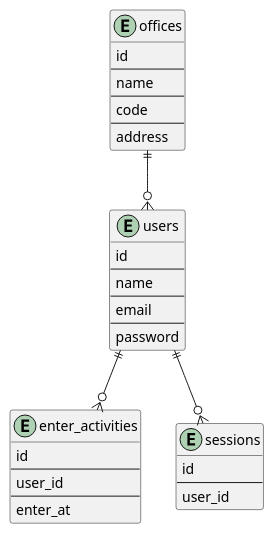
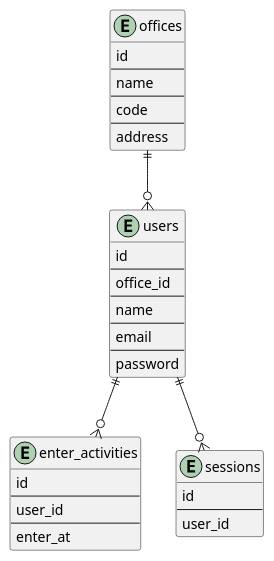
The diagram in database.puml (rianmz-genz/go-mqttgate), drawn with PlantUML before and after one commit.

Commit message:
add office id

```diff
--- a/database.puml
+++ b/database.puml
@@ -1,40 +1,42 @@
 @startuml database
 
 entity users {
     id
+    --
+    office_id
     --
     name
     --
     email
     --
     password
 }
 
 entity offices {
     id
     --
     name
     --
     code
     --
     address
 }
 
 entity enter_activities {
     id
     --
     user_id
     --
     enter_at
 }
 
 entity sessions {
     id
     --
     user_id
 }
 
 offices ||--o{ users
 users ||--o{ enter_activities
 users ||--o{ sessions
 @enduml
```
